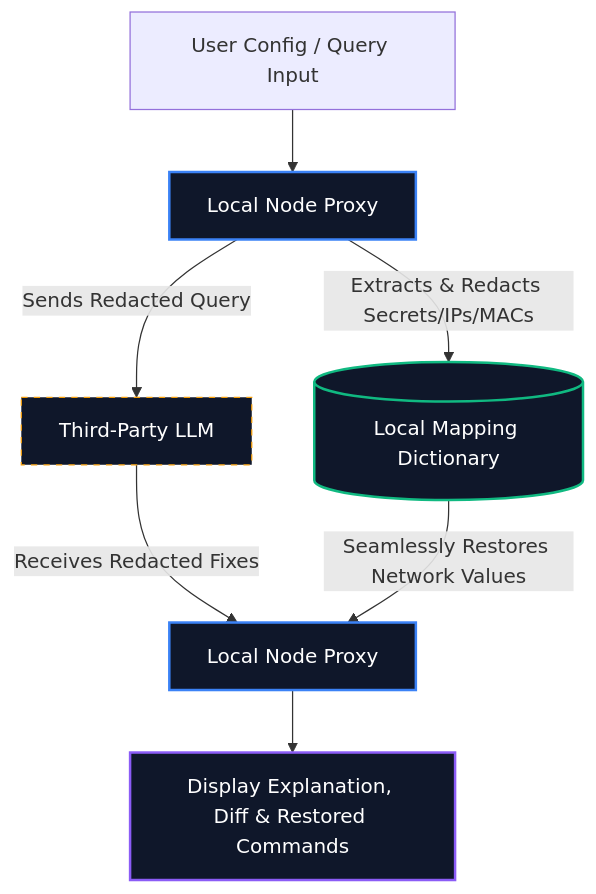
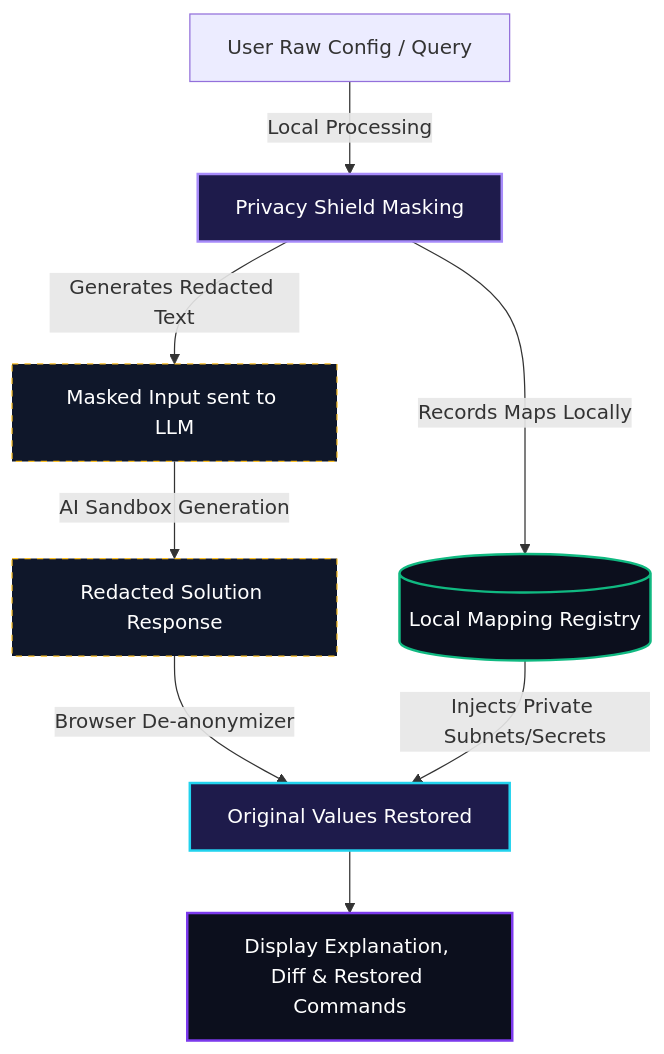
One commit to Angelo-builds/MikrotikAssistant changed the diagram in README.md. Above: the diagram before and after it, drawn with Mermaid. The commit also changed other lines of this file and 3 other files, not shown here.

````diff
--- a/README.md
+++ b/README.md
@@ -30,15 +32,17 @@
 ```mermaid
 graph TD
-    A[User Config / Query Input] --> B[Local Node Proxy]
-    B -->|Extracts & Redacts Secrets/IPs/MACs| C[(Local Mapping Dictionary)]
-    B -->|Sends Redacted Query| D[Third-Party LLM]
-    D -->|Receives Redacted Fixes| E[Local Node Proxy]
-    C -->|Seamlessly Restores Network Values| E
-    E --> F[Display Explanation, Diff & Restored Commands]
+    A[User Raw Config / Query] -->|Local Processing| B[Privacy Shield Masking]
+    B -->|Generates Redacted Text| C[Masked Input sent to LLM]
+    B -->|Records Maps Locally| D[(Local Mapping Registry)]
+    C -->|AI Sandbox Generation| E[Redacted Solution Response]
+    E -->|Browser De-anonymizer| F[Original Values Restored]
+    D -->|Injects Private Subnets/Secrets| F
+    F --> G[Display Explanation, Diff & Restored Commands]
 
-    style B fill:#0f172a,stroke:#3b82f6,stroke-width:2px,color:#fff
-    style C fill:#0f172a,stroke:#10b981,stroke-width:2px,color:#fff
-    style D fill:#0f172a,stroke:#f59e0b,stroke-width:1px,stroke-dasharray: 5 5,color:#fff
-    style E fill:#0f172a,stroke:#3b82f6,stroke-width:2px,color:#fff
-    style F fill:#0f172a,stroke:#8b5cf6,stroke-width:2px,color:#fff
+    style B fill:#1e1b4b,stroke:#a78bfa,stroke-width:2px,color:#fff
+    style D fill:#0c0f1d,stroke:#10b981,stroke-width:2px,color:#fff
+    style C fill:#0f172a,stroke:#fbbf24,stroke-width:1px,stroke-dasharray: 5 5,color:#fff
+    style E fill:#0f172a,stroke:#fbbf24,stroke-width:1px,stroke-dasharray: 5 5,color:#fff
+    style F fill:#1e1b4b,stroke:#22d3ee,stroke-width:2px,color:#fff
+    style G fill:#0c0f1d,stroke:#7c3aed,stroke-width:2px,color:#fff
 ```
````
